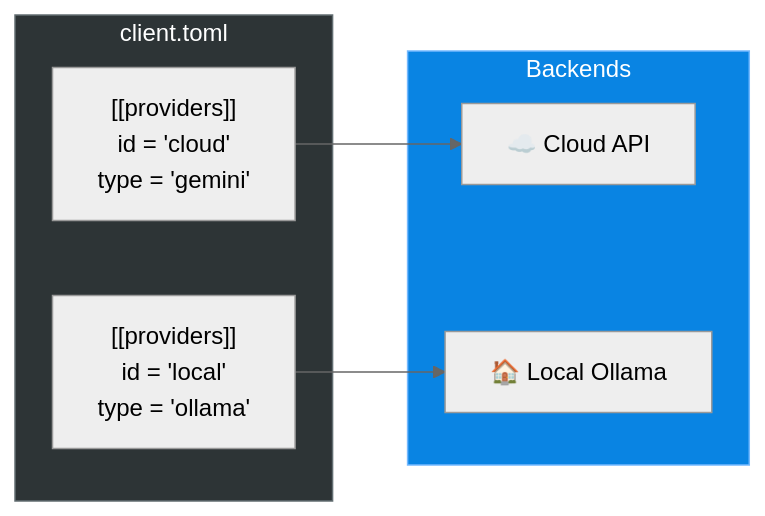
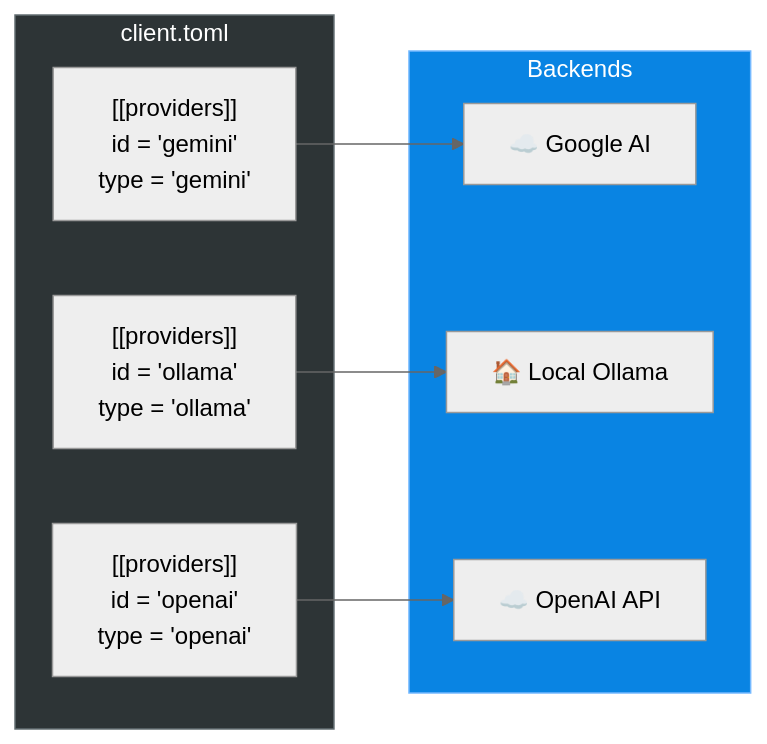
The fifth of 8 diagrams in README.md (tsfarizi/antikhitera-mcp-client), drawn with Mermaid (neutral theme) before and after one commit. The commit also changed other lines of this file and 1 other file, not shown here.

````diff
--- a/README.md
+++ b/README.md
@@ -140,18 +238,21 @@
 ```mermaid
 graph LR
     subgraph Config["client.toml"]
-        P1["[[providers]]<br/>id = 'cloud'<br/>type = 'gemini'"]
-        P2["[[providers]]<br/>id = 'local'<br/>type = 'ollama'"]
+        P1["[[providers]]<br/>id = 'gemini'<br/>type = 'gemini'"]
+        P2["[[providers]]<br/>id = 'ollama'<br/>type = 'ollama'"]
+        P3["[[providers]]<br/>id = 'openai'<br/>type = 'openai'"]
     end
     
     subgraph Backends["Backends"]
-        B1["☁️ Cloud API"]
+        B1["☁️ Google AI"]
         B2["🏠 Local Ollama"]
+        B3["☁️ OpenAI API"]
     end
     
     P1 --> B1
     P2 --> B2
+    P3 --> B3
     
     style Config fill:#2d3436,stroke:#636e72,color:#fff
     style Backends fill:#0984e3,stroke:#74b9ff,color:#fff
 ```
````
